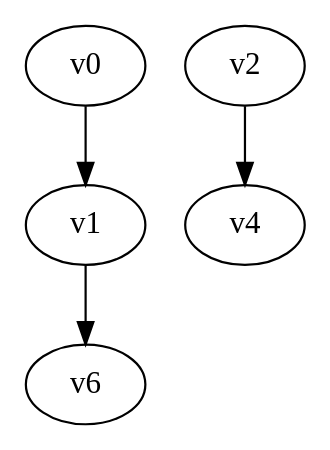
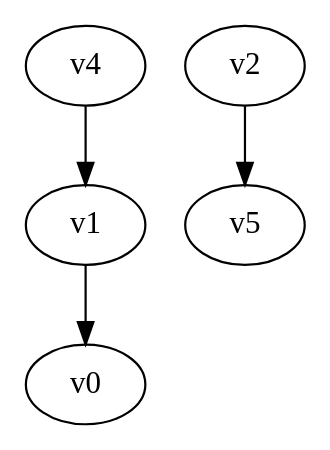
The diagram in digraph.dot (yadej/graph_project), drawn with Graphviz before and after one commit. The commit also changed 1 other file, not shown here.

```diff
--- a/digraph.dot
+++ b/digraph.dot
@@ -1,4 +1,5 @@
 digraph G { 
-v0 -> v1 -> v6;
-v2 -> v4;
+v1 -> v0;
+v2 -> v5;
+v4 -> v1;
 }
```
